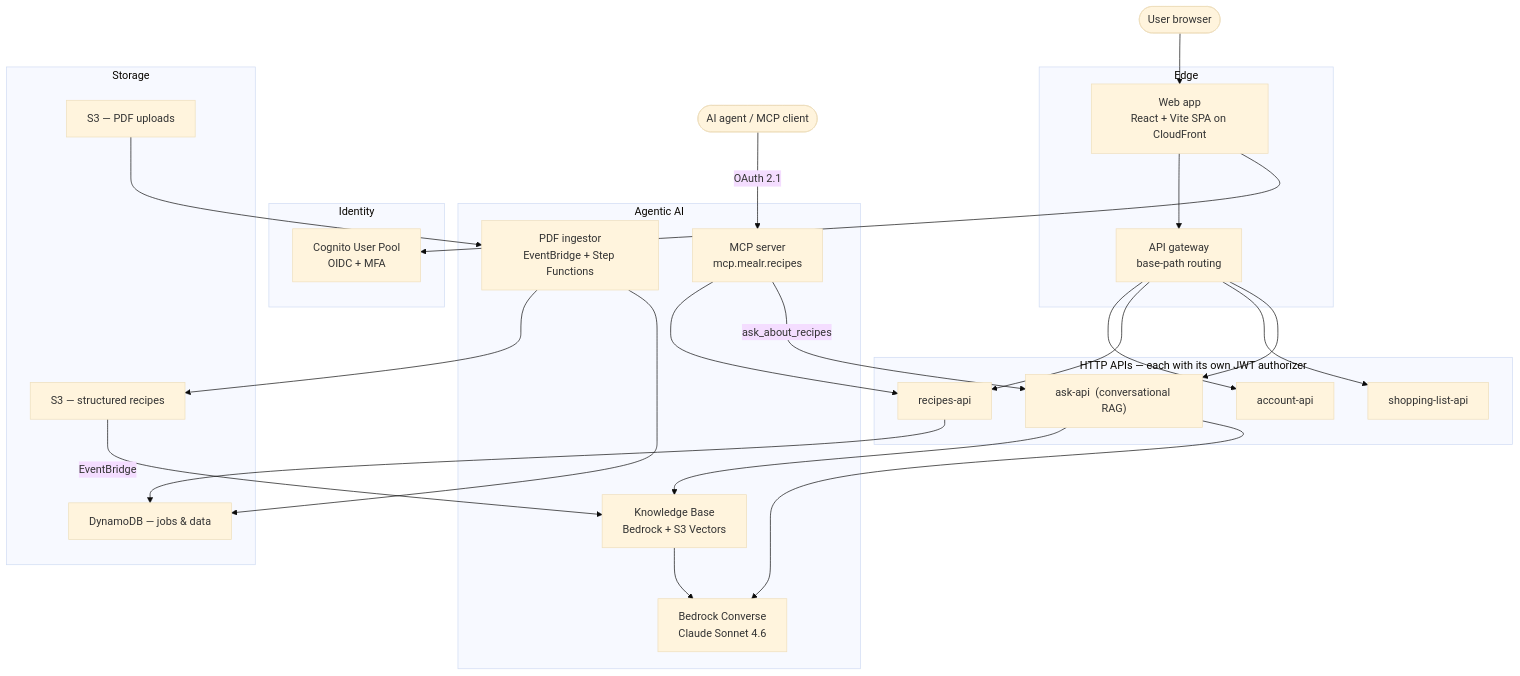
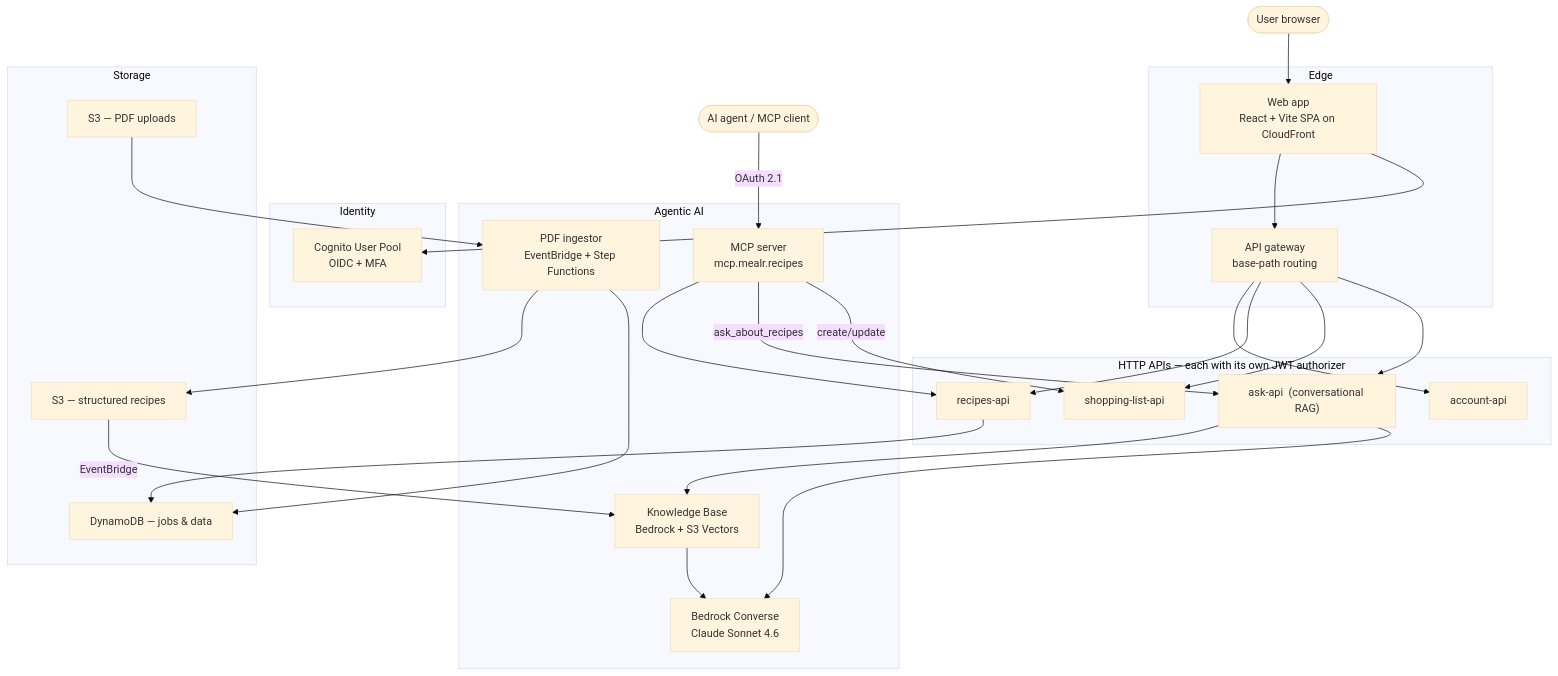
One commit to dbryant4/mealr-case-study changed the diagram in README.md. Above: the diagram before and after it, drawn with Mermaid (base theme). The commit also changed other lines of this file and 3 other files, not shown here.

Commit message:
v1.3.0 — document MCP shopping-list tools (write actions) and permission boundary

````diff
--- a/README.md
+++ b/README.md
@@ -69,48 +72,49 @@
 ```mermaid
 flowchart TB
   user(["User browser"])
 
   subgraph edge ["Edge"]
     web["Web app<br/>React + Vite SPA on CloudFront"]
     gw["API gateway<br/>base-path routing"]
   end
 
   subgraph identity ["Identity"]
     cognito["Cognito User Pool<br/>OIDC + MFA"]
   end
 
   subgraph apis ["HTTP APIs — each with its own JWT authorizer"]
     account["account-api"]
     recipes["recipes-api"]
     shopping["shopping-list-api"]
     ask["ask-api  (conversational RAG)"]
   end
 
   subgraph ai ["Agentic AI"]
     kb["Knowledge Base<br/>Bedrock + S3 Vectors"]
     bedrock["Bedrock Converse<br/>Claude Sonnet 4.6"]
     ingest["PDF ingestor<br/>EventBridge + Step Functions"]
     mcp["MCP server<br/>mcp.mealr.recipes"]
   end
 
   agent(["AI agent / MCP client"])
 
   subgraph data ["Storage"]
     s3in["S3 — PDF uploads"]
     s3out["S3 — structured recipes"]
     ddb["DynamoDB — jobs & data"]
   end
 
   user --> web --> gw
   web --> cognito
   gw --> account & recipes & shopping & ask
   s3in --> ingest --> s3out
   s3out -- EventBridge --> kb
   ask --> kb --> bedrock
   ask --> bedrock
   agent -- OAuth 2.1 --> mcp
   mcp --> recipes
   mcp -- ask_about_recipes --> ask
+  mcp -- create/update --> shopping
   recipes --> ddb
   ingest --> ddb
 ```
````
